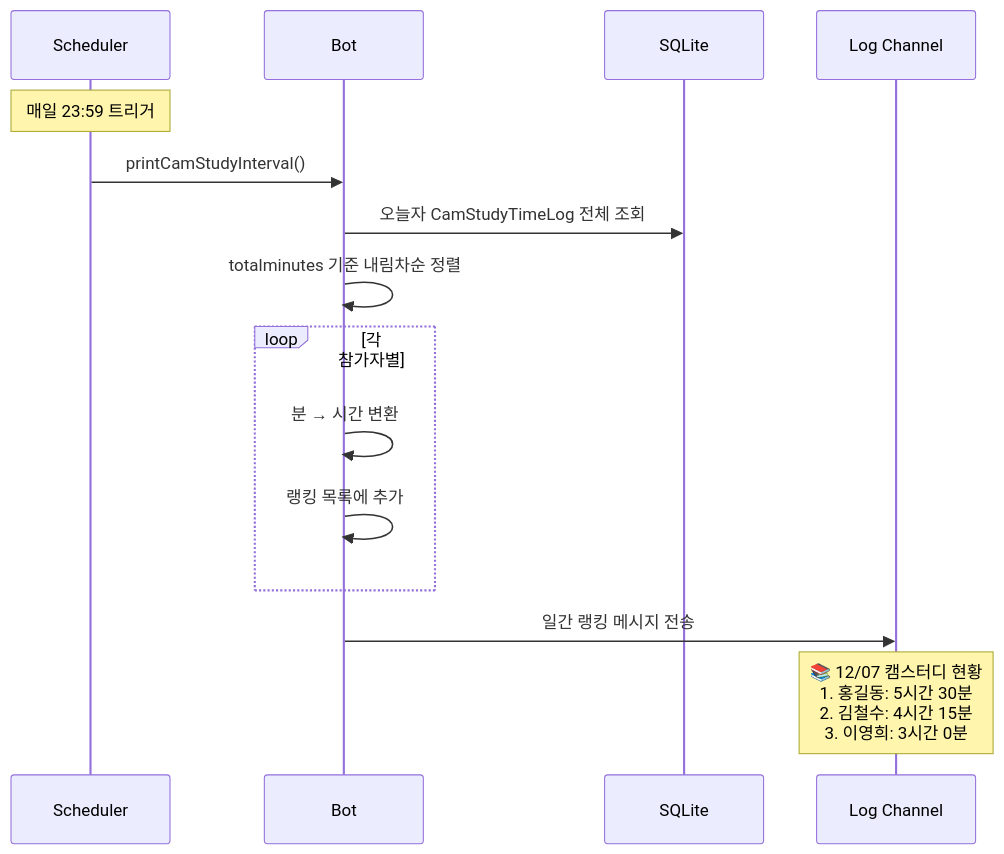
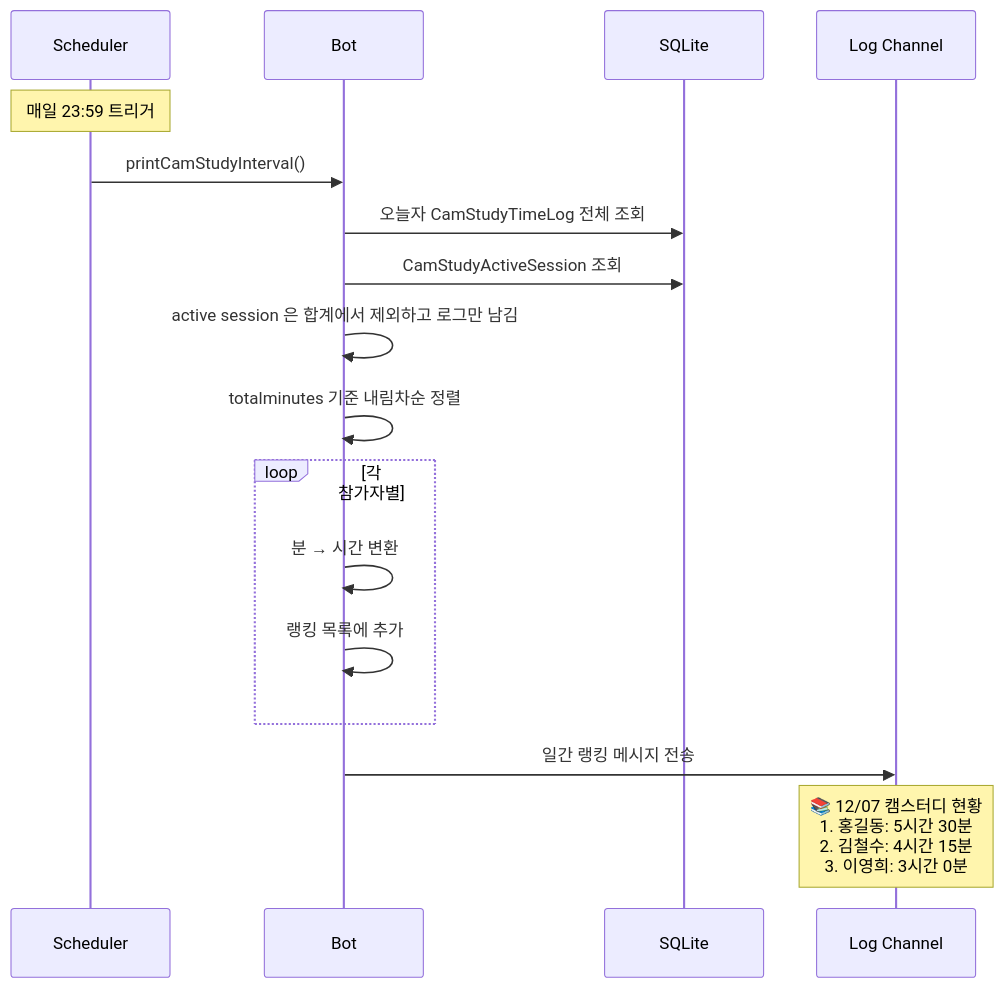
Before and after one commit to honki12345/haruharu-discord-bot: the eighth of 10 diagrams in docs/USER_STORIES.md, drawn with Mermaid. The commit also changed other lines of this file and 13 other files, not shown here.

Commit message:
fix: recover cam-study sessions after redeploy

````diff
--- a/docs/USER_STORIES.md
+++ b/docs/USER_STORIES.md
@@ -353,22 +369,24 @@
 ```mermaid
 sequenceDiagram
     participant S as Scheduler
     participant B as Bot
     participant DB as SQLite
     participant L as Log Channel
 
     Note over S: 매일 23:59 트리거
     S->>B: printCamStudyInterval()
 
     B->>DB: 오늘자 CamStudyTimeLog 전체 조회
+    B->>DB: CamStudyActiveSession 조회
+    B->>B: active session 은 합계에서 제외하고 로그만 남김
 
     B->>B: totalminutes 기준 내림차순 정렬
 
     loop 각 참가자별
         B->>B: 분 → 시간 변환
         B->>B: 랭킹 목록에 추가
     end
 
     B->>L: 일간 랭킹 메시지 전송
     Note over L: 📚 12/07 캠스터디 현황<br/>1. 홍길동: 5시간 30분<br/>2. 김철수: 4시간 15분<br/>3. 이영희: 3시간 0분
 ```
````
